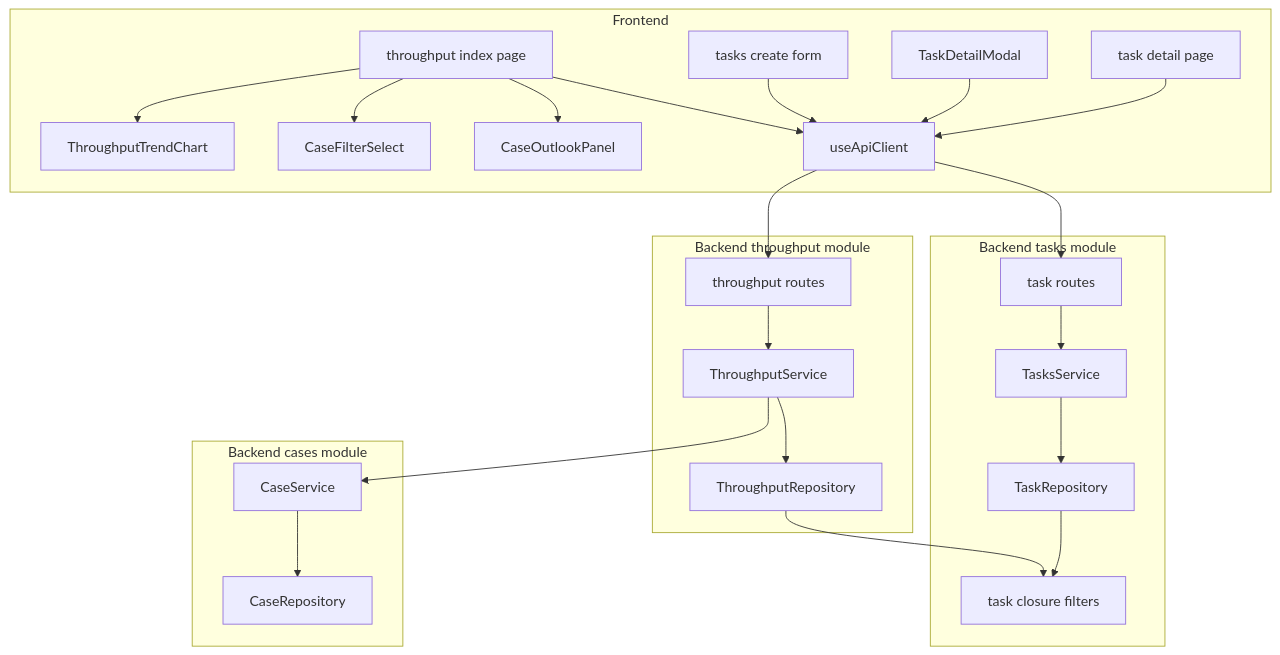
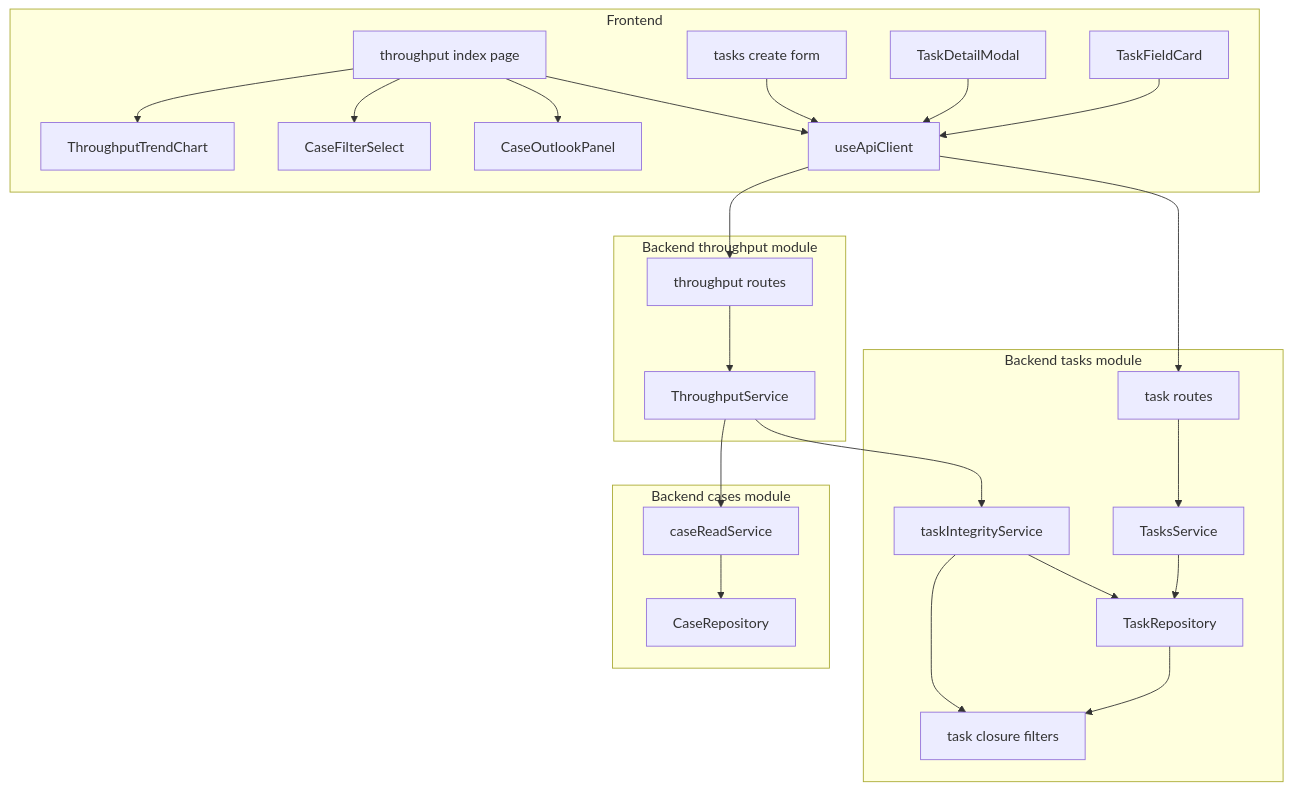
Before and after one commit to karasaki-wasabi/project-task-management: the first of 2 diagrams in .kiro/specs/velocity-dashboard/design.md, drawn with Mermaid. The commit also changed other lines of this file and 7 other files, not shown here.

````diff
--- a/.kiro/specs/velocity-dashboard/design.md
+++ b/.kiro/specs/velocity-dashboard/design.md
@@ -60,52 +70,53 @@
 ```mermaid
 graph TB
     subgraph Frontend
         ThroughputPage[throughput index page]
         TrendChart[ThroughputTrendChart]
         CaseFilter[CaseFilterSelect]
         OutlookPanel[CaseOutlookPanel]
         TaskCreateForm[tasks create form]
         TaskEditModal[TaskDetailModal]
-        TaskDetailPage[task detail page]
+        TaskFieldCard[TaskFieldCard]
         ApiClient[useApiClient]
     end
 
     subgraph BackendThroughput[Backend throughput module]
         ThroughputRoutes[throughput routes]
         ThroughputService[ThroughputService]
-        ThroughputRepository[ThroughputRepository]
     end
 
     subgraph BackendTasks[Backend tasks module]
         TaskRoutes[task routes]
         TasksService[TasksService]
+        TaskIntegrity[taskIntegrityService]
         TaskRepository[TaskRepository]
         TaskClosure[task closure filters]
     end
 
     subgraph BackendCases[Backend cases module]
-        CaseService[CaseService]
+        CaseRead[caseReadService]
         CaseRepository[CaseRepository]
     end
 
     ThroughputPage --> TrendChart
     ThroughputPage --> CaseFilter
     ThroughputPage --> OutlookPanel
     ThroughputPage --> ApiClient
     TaskCreateForm --> ApiClient
     TaskEditModal --> ApiClient
-    TaskDetailPage --> ApiClient
+    TaskFieldCard --> ApiClient
 
     ApiClient --> ThroughputRoutes
     ApiClient --> TaskRoutes
 
     ThroughputRoutes --> ThroughputService
-    ThroughputService --> ThroughputRepository
-    ThroughputRepository --> TaskClosure
-    ThroughputService --> CaseService
-    CaseService --> CaseRepository
+    ThroughputService --> TaskIntegrity
+    ThroughputService --> CaseRead
+    TaskIntegrity --> TaskRepository
+    TaskIntegrity --> TaskClosure
+    CaseRead --> CaseRepository
 
     TaskRoutes --> TasksService
     TasksService --> TaskRepository
     TaskRepository --> TaskClosure
 ```
````
